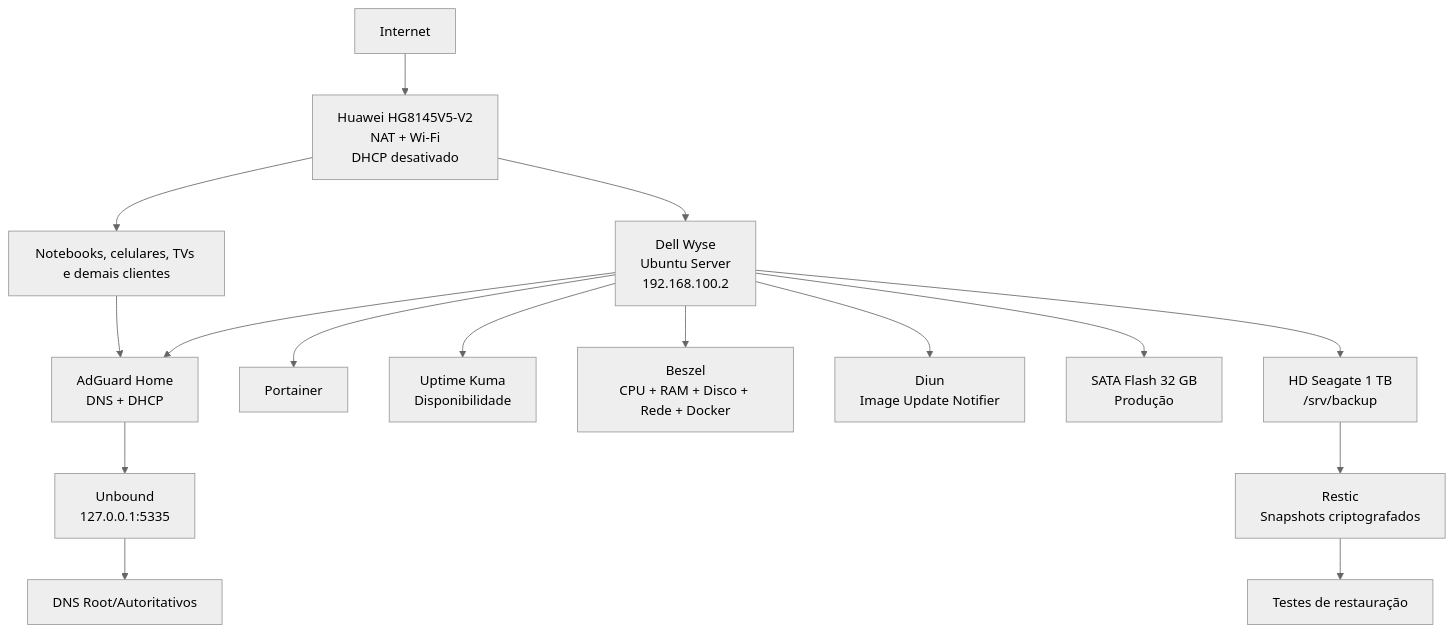
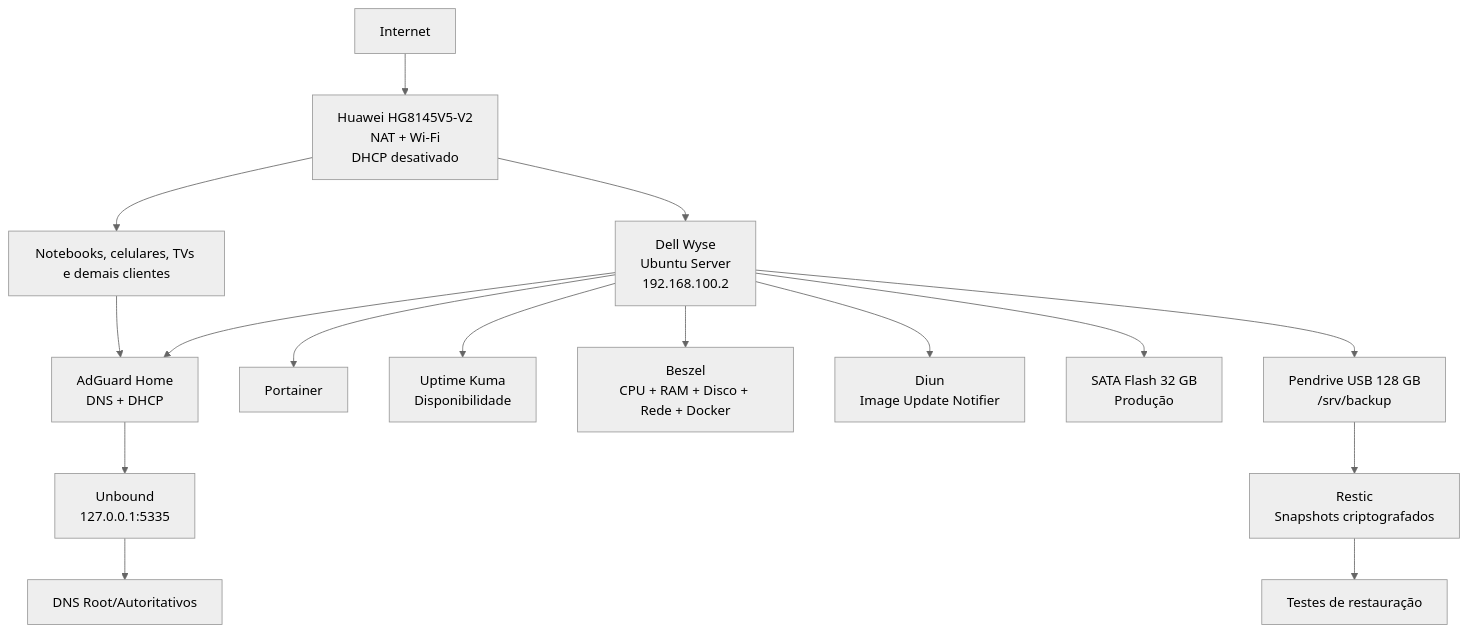
The diagram in README.md (leonardodebs/homelab-infrastructure-server), drawn with Mermaid (neutral theme) before and after one commit. The commit also changed other lines of this file, not shown here.

Commit message:
docs: registra pendrive 128 GB e primeiro backup Restic validado

````diff
--- a/README.md
+++ b/README.md
@@ -46,18 +46,18 @@
 ```mermaid
 flowchart TD
     Internet --> Modem[Huawei HG8145V5-V2\nNAT + Wi-Fi\nDHCP desativado]
     Modem --> Wyse[Dell Wyse\nUbuntu Server\n192.168.100.2]
     Wyse --> AGH[AdGuard Home\nDNS + DHCP]
     AGH --> Unbound[Unbound\n127.0.0.1:5335]
     Unbound --> RootDNS[DNS Root/Autoritativos]
     Wyse --> Portainer
     Wyse --> Kuma[Uptime Kuma\nDisponibilidade]
     Wyse --> Beszel[Beszel\nCPU + RAM + Disco + Rede + Docker]
     Wyse --> Diun[Diun\nImage Update Notifier]
     Wyse --> SSD[SATA Flash 32 GB\nProdução]
-    Wyse --> USB[HD Seagate 1 TB\n/srv/backup]
+    Wyse --> USB[Pendrive USB 128 GB\n/srv/backup]
     USB --> Restic[Restic\nSnapshots criptografados]
     Restic --> Restore[Testes de restauração]
     Modem --> Clientes[Notebooks, celulares, TVs e demais clientes]
     Clientes --> AGH
 ```
````
